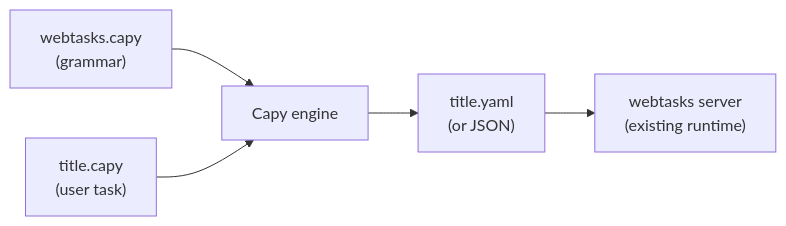
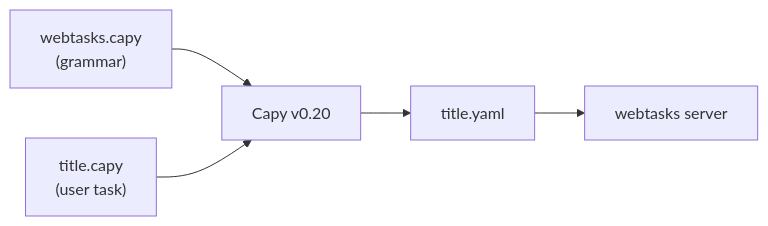
The diagram in docs/capy-integration/02-capy-primer.md (olivierdevelops/webtasks), drawn with Mermaid before and after one commit. The commit also changed other lines of this file and 56 other files, not shown here.

````diff
--- a/docs/capy-integration/02-capy-primer.md
+++ b/docs/capy-integration/02-capy-primer.md
@@ -13,12 +14,12 @@
 ```mermaid
 flowchart LR
     Lib["webtasks.capy\n(grammar)"]
     Src["title.capy\n(user task)"]
-    Out["title.yaml\n(or JSON)"]
-    WT["webtasks server\n(existing runtime)"]
+    Out["title.yaml"]
+    WT["webtasks server"]
 
-    Lib --> Engine["Capy engine"]
+    Lib --> Engine["Capy v0.20"]
     Src --> Engine
     Engine --> Out
     Out --> WT
 ```
````
